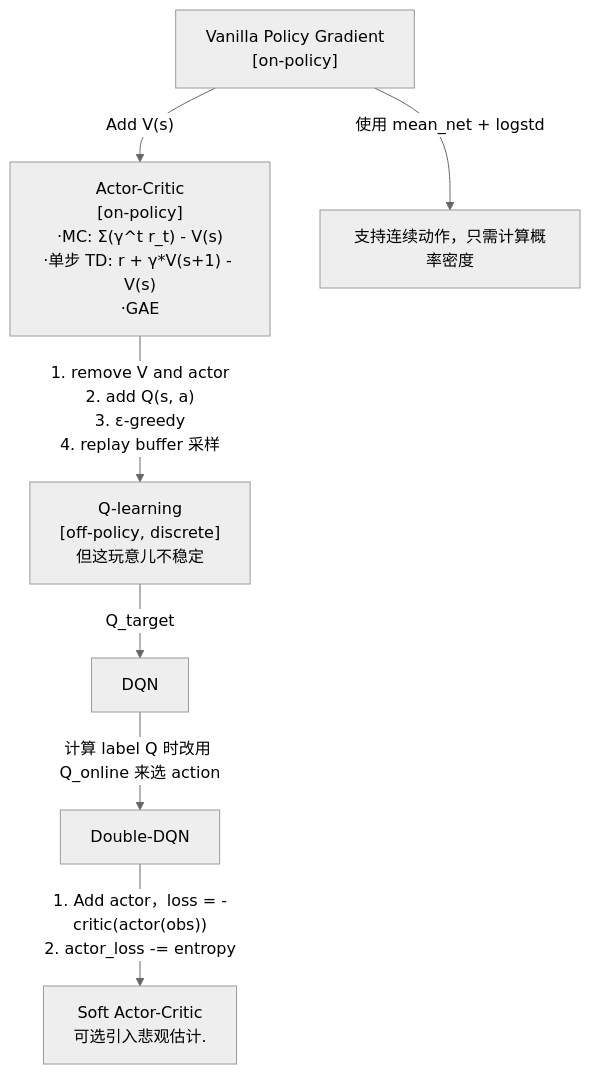
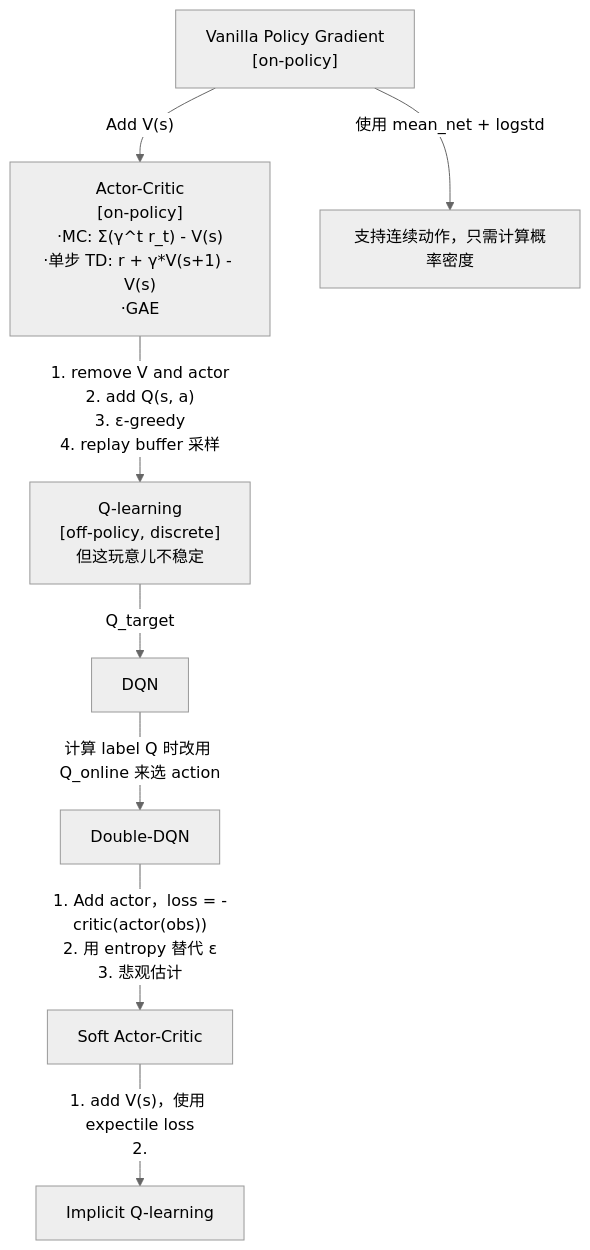
One commit to julyfun/how-to changed the diagram in 技术学习/285/285-0.md. Above: the diagram before and after it, drawn with Mermaid (neutral theme). The commit also changed other lines of this file and 2 other files, not shown here.

Commit message:
M papers/papers-batch-2.md | M 技术学习/285/285-0.md | M 技术学习/285/285-hw3.md

````diff
--- a/技术学习/285/285-0.md
+++ b/技术学习/285/285-0.md
@@ -11,10 +11,11 @@
 ```mermaid
 flowchart TD
     PG["Vanilla Policy Gradient<br>[on-policy]"] -->|"Add V(s)"| AC
     AC["Actor-Critic<br>[on-policy]<br>·MC: Σ(γ^t r_t) - V(s)<br>·单步 TD: r + γ*V(s+1) - V(s)<br>·GAE"]
     PG -->|使用 mean_net + logstd| cont[支持连续动作，只需计算概率密度]
     AC -->|"1. remove V and actor<br>2. add Q(s, a)<br>3. ε-greedy<br>4. replay buffer 采样"| Q-learning["Q-learning<br>[off-policy, discrete]<br>但这玩意儿不稳定"]
     Q-learning -->|"Q_target"| DQN
     DQN -->|"计算 label Q 时改用 Q_online 来选 action"| Double-DQN
-    Double-DQN -->|"1. Add actor，loss = -critic(actor(obs))<br>2. actor_loss -= entropy"| SAC["Soft Actor-Critic<br>可选引入悲观估计."]
+    Double-DQN -->|"1. Add actor，loss = -critic(actor(obs))<br>2. 用 entropy 替代 ε<br>3. 悲观估计"| SAC["Soft Actor-Critic"]
+    SAC -->|"1. add V(s)，使用 expectile loss<br>2."| IQL["Implicit Q-learning"]
 ```
````
